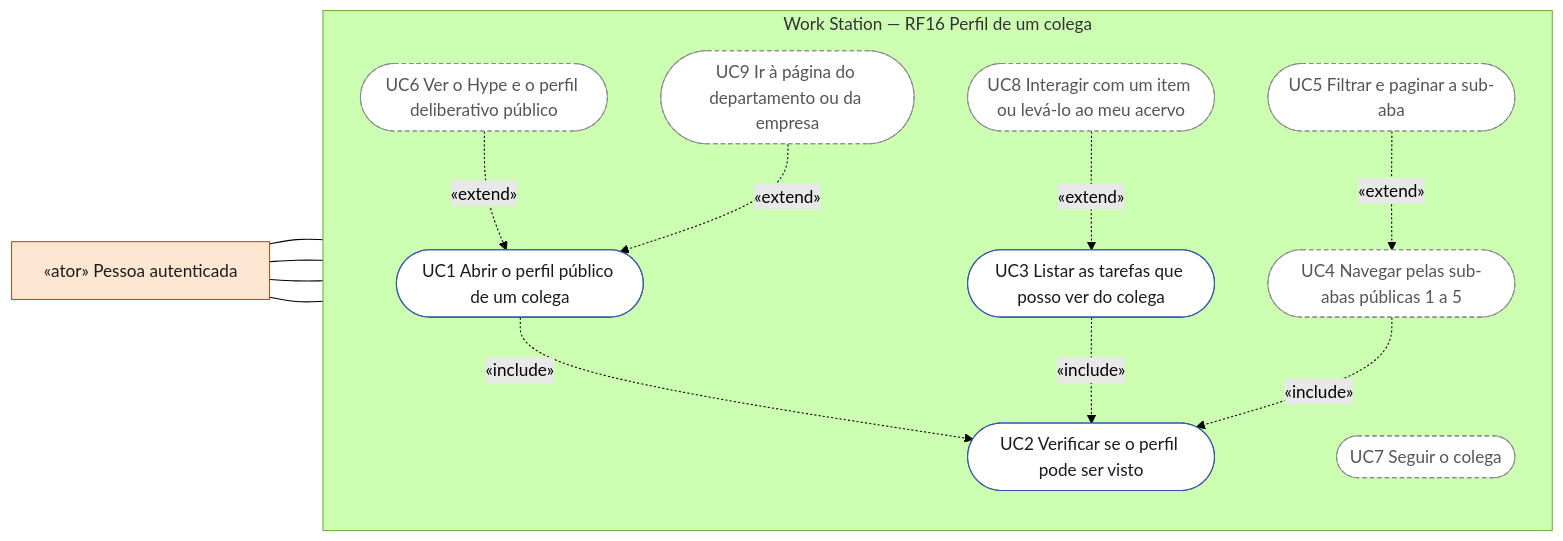
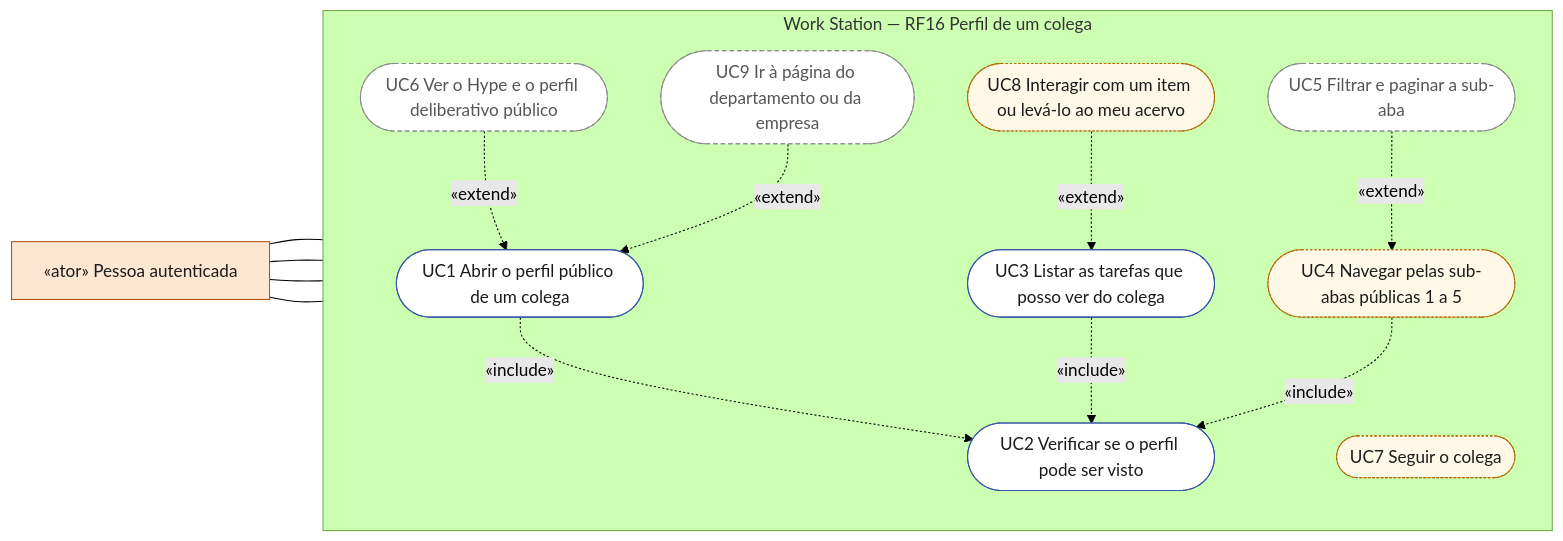
The first of 7 diagrams in docs/diagramas/RF16/README.md (MatheusHaliski/Decia-app-2026), drawn with Mermaid (forest theme) before and after one commit. The commit also changed 13 other files, not shown here.

First line of the commit message:
docs(diagramas): classe ucDemo para casos de uso que só funcionam com dados de demonstração

````diff
--- a/docs/diagramas/RF16/README.md
+++ b/docs/diagramas/RF16/README.md
@@ -26,31 +26,32 @@
 ```mermaid
 flowchart LR
   classDef ator fill:#fde7d3,stroke:#b4531a,color:#1b1b1b
   classDef atorSis fill:#f1ecf9,stroke:#6a4bb3,color:#1b1b1b
   classDef uc fill:#ffffff,stroke:#3557a6,color:#1b1b1b
   classDef ucPlan fill:#ffffff,stroke:#8a8a8a,stroke-dasharray:4 3,color:#555555
+  classDef ucDemo fill:#fff8e6,stroke:#b26a00,stroke-dasharray:2 2,color:#1b1b1b
   autenticado["«ator» Pessoa autenticada"]:::ator
   subgraph SIS["Work Station — RF16 Perfil de um colega"]
     direction TB
     UC1(["UC1 Abrir o perfil público de um colega"]):::uc
     UC2(["UC2 Verificar se o perfil pode ser visto"]):::uc
     UC3(["UC3 Listar as tarefas que posso ver do colega"]):::uc
-    UC4(["UC4 Navegar pelas sub-abas públicas 1 a 5"]):::ucPlan
+    UC4(["UC4 Navegar pelas sub-abas públicas 1 a 5"]):::ucDemo
     UC5(["UC5 Filtrar e paginar a sub-aba"]):::ucPlan
     UC6(["UC6 Ver o Hype e o perfil deliberativo público"]):::ucPlan
-    UC7(["UC7 Seguir o colega"]):::ucPlan
-    UC8(["UC8 Interagir com um item ou levá-lo ao meu acervo"]):::ucPlan
+    UC7(["UC7 Seguir o colega"]):::ucDemo
+    UC8(["UC8 Interagir com um item ou levá-lo ao meu acervo"]):::ucDemo
     UC9(["UC9 Ir à página do departamento ou da empresa"]):::ucPlan
   end
   autenticado --- UC1
   autenticado --- UC3
   autenticado --- UC4
   autenticado --- UC7
   UC1 -. "«include»" .-> UC2
   UC3 -. "«include»" .-> UC2
   UC4 -. "«include»" .-> UC2
   UC5 -. "«extend»" .-> UC4
   UC6 -. "«extend»" .-> UC1
   UC8 -. "«extend»" .-> UC3
   UC9 -. "«extend»" .-> UC1
 ```
````
